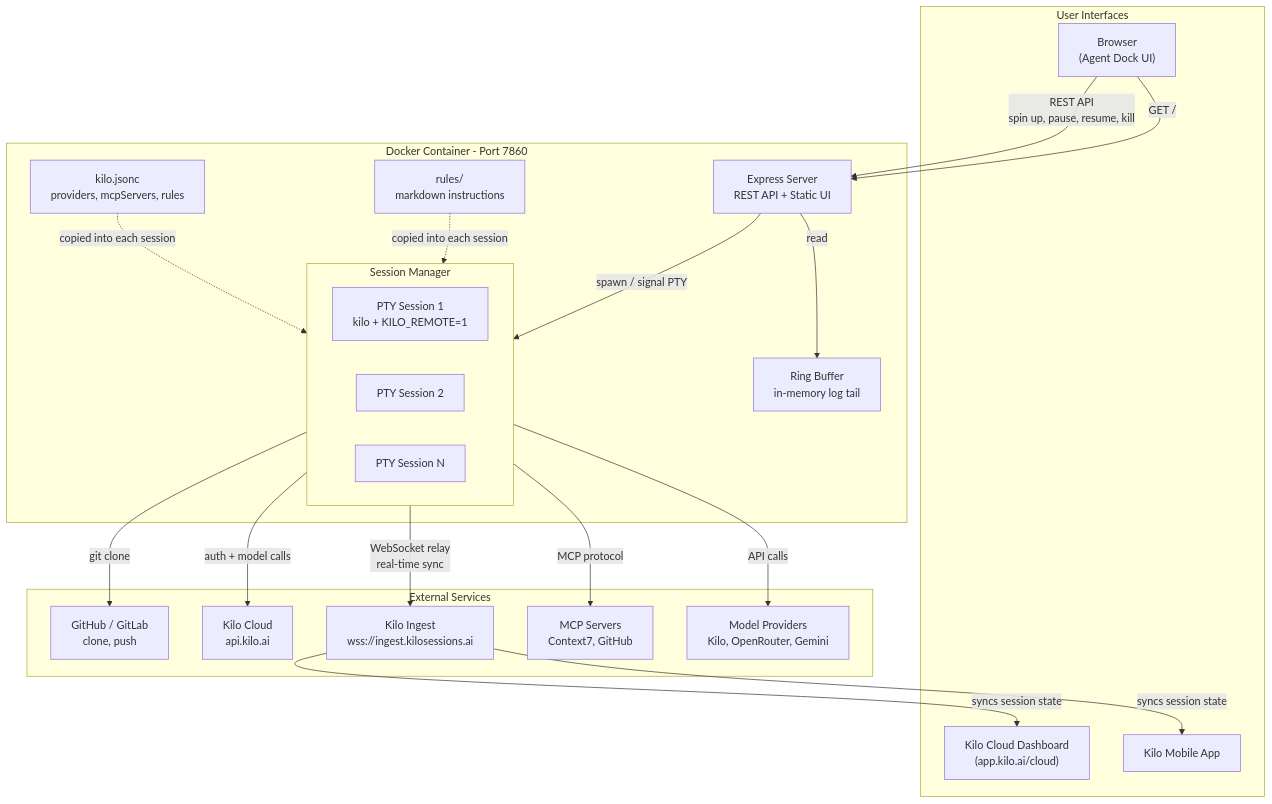
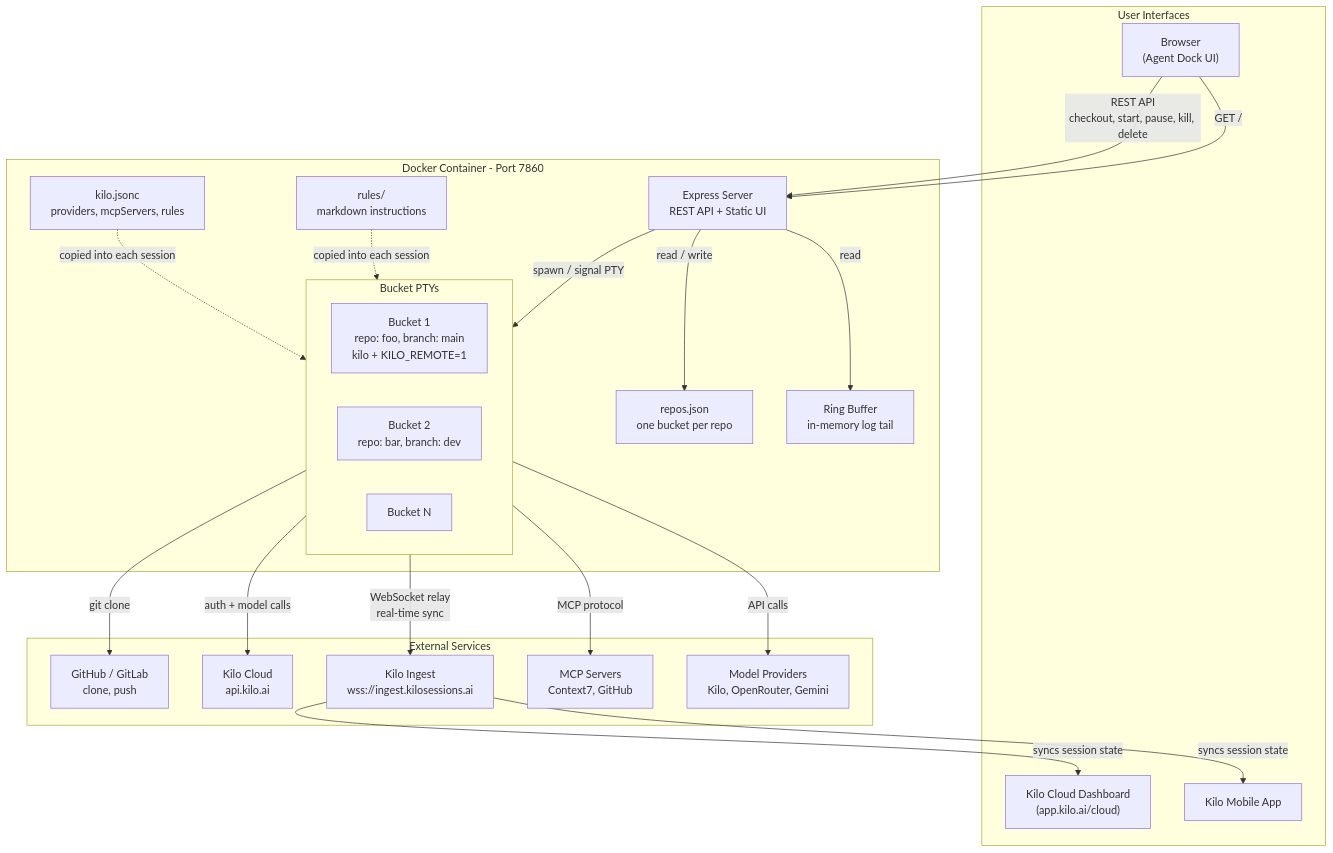
Before and after one commit to miteshtrivedi10/aoe-agent-orchestrator: the diagram in README.md, drawn with Mermaid. The commit also changed other lines of this file and 10 other files, not shown here.

First line of the commit message:
feat: one-bucket-per-repo model with row-level lock UX

````diff
--- a/README.md
+++ b/README.md
@@ -158,48 +211,50 @@
 ```mermaid
 flowchart TB
     subgraph User["User Interfaces"]
         browser["Browser\n(Agent Dock UI)"]
         dashboard["Kilo Cloud Dashboard\n(app.kilo.ai/cloud)"]
         mobile["Kilo Mobile App"]
     end
 
     subgraph Docker["Docker Container - Port 7860"]
         server["Express Server\nREST API + Static UI"]
+        registry["repos.json\none bucket per repo"]
 
-        subgraph Sessions["Session Manager"]
+        subgraph Buckets["Bucket PTYs"]
             direction LR
-            pty1["PTY Session 1\nkilo + KILO_REMOTE=1"]
-            pty2["PTY Session 2"]
-            ptyN["PTY Session N"]
+            pty1["Bucket 1\nrepo: foo, branch: main\nkilo + KILO_REMOTE=1"]
+            pty2["Bucket 2\nrepo: bar, branch: dev"]
+            ptyN["Bucket N"]
         end
 
         config["kilo.jsonc\nproviders, mcpServers, rules"]
         rules["rules/\nmarkdown instructions"]
         logs["Ring Buffer\nin-memory log tail"]
     end
 
     subgraph External["External Services"]
         git["GitHub / GitLab\nclone, push"]
         kiloCloud["Kilo Cloud\napi.kilo.ai"]
         ingest["Kilo Ingest\nwss://ingest.kilosessions.ai"]
         mcp["MCP Servers\nContext7, GitHub"]
         providers["Model Providers\nKilo, OpenRouter, Gemini"]
     end
 
-    browser -->|"REST API\nspin up, pause, resume, kill"| server
+    browser -->|"REST API\ncheckout, start, pause, kill, delete"| server
     browser -->|"GET /"| server
-    server -->|"spawn / signal PTY"| Sessions
+    server -->|"read / write"| registry
+    server -->|"spawn / signal PTY"| Buckets
     server -->|"read"| logs
 
     pty1 -->|"git clone"| git
     pty1 -->|"auth + model calls"| kiloCloud
     pty1 -->|"WebSocket relay\nreal-time sync"| ingest
     pty1 -->|"MCP protocol"| mcp
     pty1 -->|"API calls"| providers
 
     ingest -->|"syncs session state"| dashboard
     ingest -->|"syncs session state"| mobile
 
     config -.->|"copied into each session"| pty1
     rules -.->|"copied into each session"| pty1
 ```
````
